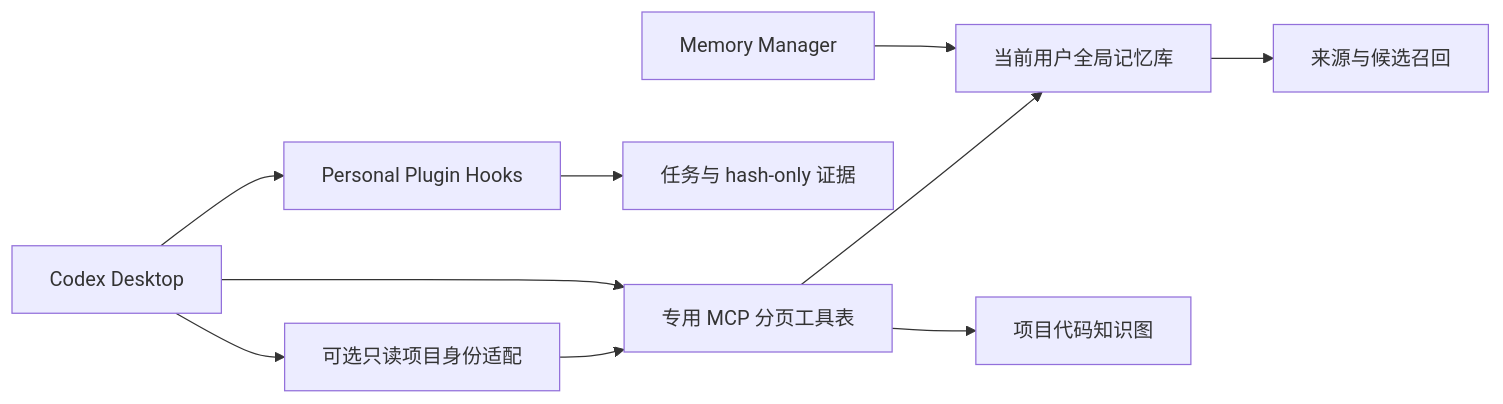
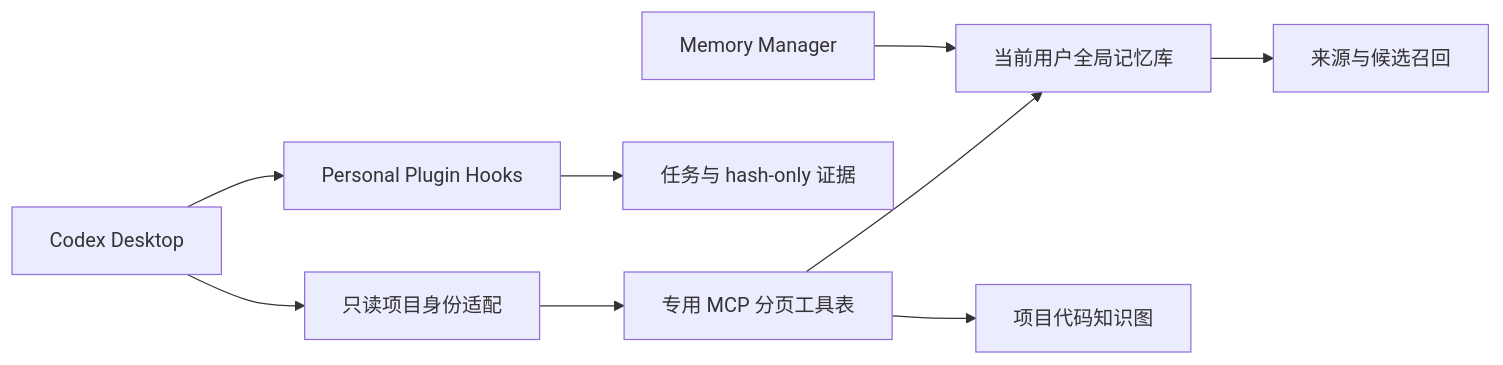
Before and after one commit to AlbertYm/semantic-memory-global: the diagram in docs/ARCHITECTURE.zh-CN.md, drawn with Mermaid. The commit also changed other lines of this file and 17 other files, not shown here.

````diff
--- a/docs/ARCHITECTURE.zh-CN.md
+++ b/docs/ARCHITECTURE.zh-CN.md
@@ -3,12 +3,11 @@
 ```mermaid
 flowchart LR
-  A[Codex Desktop] --> I[可选只读项目身份适配]
+  A[Codex Desktop] --> I[只读项目身份适配]
   I --> B[专用 MCP 分页工具表]
-  A --> B
   A --> C[Personal Plugin Hooks]
   C --> D[任务与 hash-only 证据]
   B --> E[当前用户全局记忆库]
   B --> F[项目代码知识图]
   G[Memory Manager] --> E
   E --> H[来源与候选召回]
 ```
````
